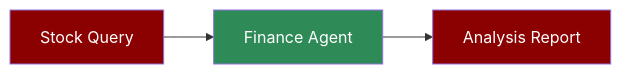
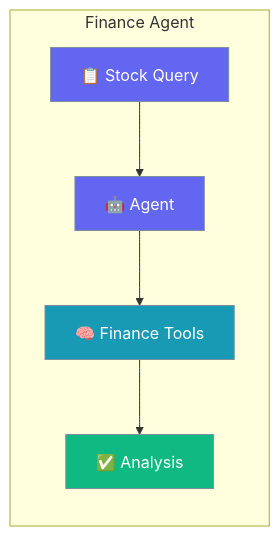
One commit to MervinPraison/PraisonAIDocs changed the first of 2 diagrams in docs/agents/finance.mdx. Above: the diagram before and after it, drawn with Mermaid. The commit also changed other lines of this file, not shown here.

First line of the commit message:
docs: bring docs/agents/finance.mdx into AGENTS.md compliance (slice of #1733)

````diff
--- a/docs/agents/finance.mdx
+++ b/docs/agents/finance.mdx
@@ -8,9 +23,16 @@
 ```mermaid
-flowchart LR
-    In[Stock Query] --> Agent[Finance Agent]
-    Agent --> Out[Analysis Report]
-    
-    style In fill:#8B0000,color:#fff
-    style Agent fill:#2E8B57,color:#fff
-    style Out fill:#8B0000,color:#fff
+graph LR
+    subgraph "Finance Agent"
+        User[📋 Stock Query] --> Agent[🤖 Agent]
+        Agent --> Tools[🧠 Finance Tools]
+        Tools --> Report[✅ Analysis]
+    end
+
+    classDef input fill:#6366F1,stroke:#7C90A0,color:#fff
+    classDef process fill:#189AB4,stroke:#7C90A0,color:#fff
+    classDef output fill:#10B981,stroke:#7C90A0,color:#fff
+
+    class User,Agent input
+    class Tools process
+    class Report output
 ```
````
